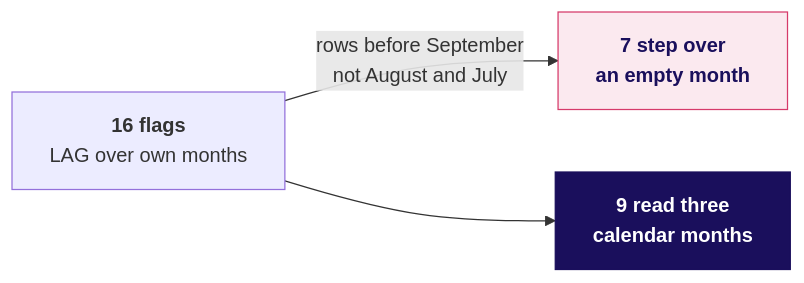
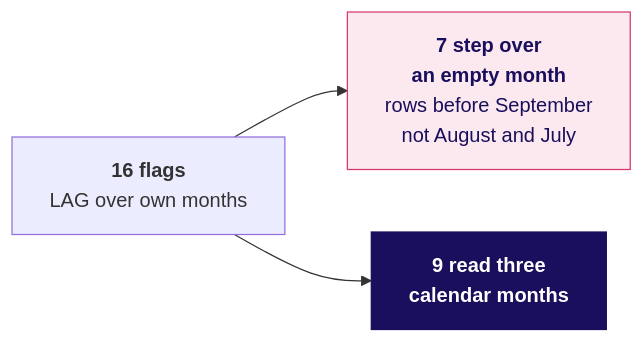
The fifth of 8 diagrams in content/W02/D3/slides/C2_W02_D03_half2_STUDENT.md (fde-academy-lab/c2-content-factory), drawn with Mermaid before and after one commit. The commit also changed other lines of this file and 43 other files, not shown here.

````diff
--- a/content/W02/D3/slides/C2_W02_D03_half2_STUDENT.md
+++ b/content/W02/D3/slides/C2_W02_D03_half2_STUDENT.md
@@ -248,9 +248,9 @@
 ```mermaid
 flowchart LR
-    F["<b>16 flags</b><br/>LAG over own months"] -->|"rows before September<br/>not August and July"| G["<b>7 step over<br/>an empty month</b>"]
+    F["<b>16 flags</b><br/>LAG over own months"] --> G["<b>7 step over<br/>an empty month</b><br/>rows before September<br/>not August and July"]
     F --> K["<b>9 read three<br/>calendar months</b>"]
     classDef bad fill:#FBE9EF,stroke:#D63A6A,color:#1A0F5C
     classDef bet fill:#1A0F5C,stroke:#1A0F5C,color:#FFFFFF
     class G bad
     class K bet
 ```
````
